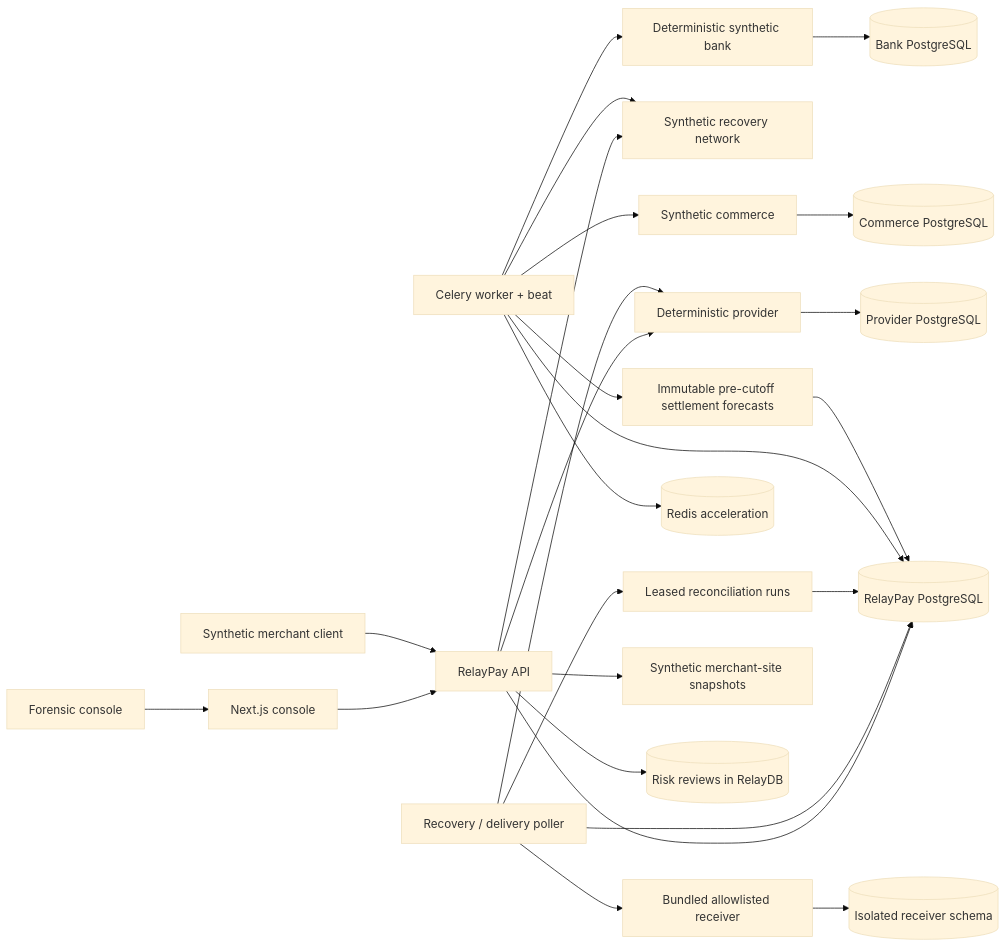
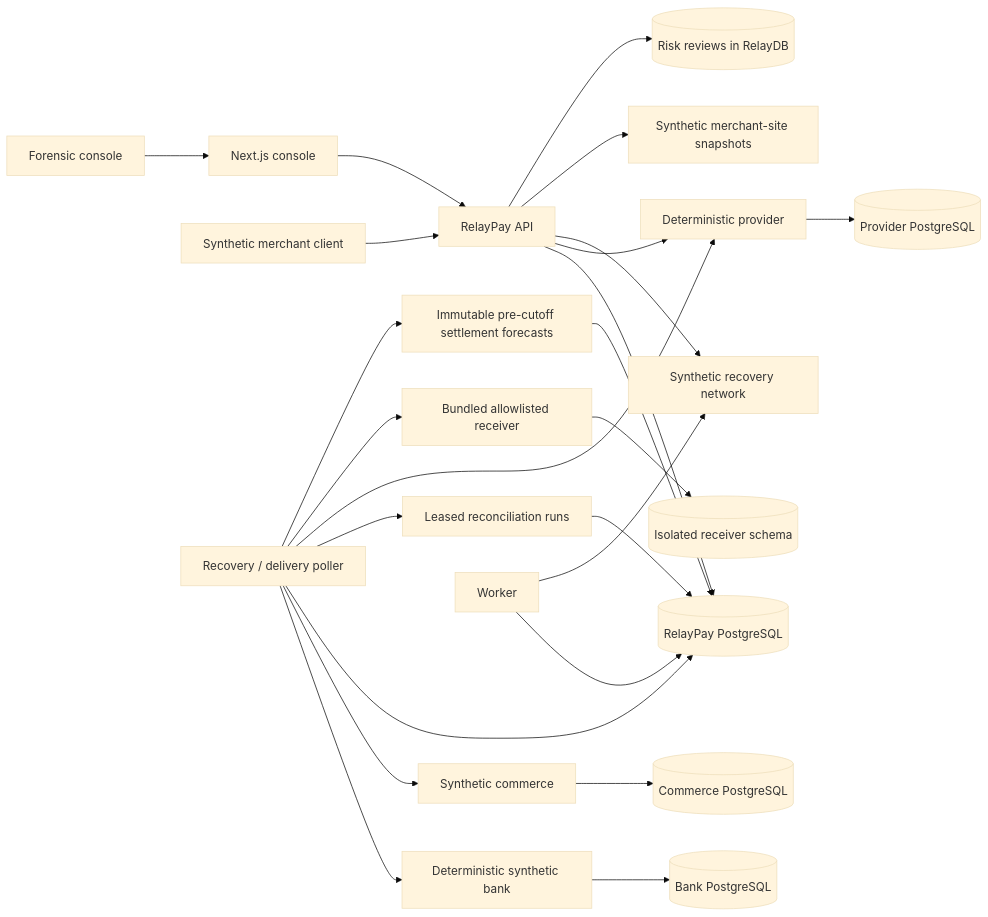
Before and after one commit to marsh15/relaypay: the diagram in README.md, drawn with Mermaid (base theme). The commit also changed other lines of this file and 19 other files, not shown here.

First line of the commit message:
Consolidate on one broker-less scheduler and drop Celery/Redis (#36)

````diff
--- a/README.md
+++ b/README.md
@@ -114,27 +114,26 @@
 ```mermaid
 flowchart LR
     Browser["Forensic console"] --> Console["Next.js console"]
     Console --> API["RelayPay API"]
     Merchant["Synthetic merchant client"] --> API
     API --> RelayDB[("RelayPay PostgreSQL")]
     API --> Provider["Deterministic provider"]
     API --> RecoveryNetwork["Synthetic recovery network"]
-    Worker --> Bank["Deterministic synthetic bank"]
+    Poller --> Bank["Deterministic synthetic bank"]
     Bank --> BankDB[("Bank PostgreSQL")]
-    Worker --> Commerce["Synthetic commerce"]
+    Poller --> Commerce["Synthetic commerce"]
     Commerce --> CommerceDB[("Commerce PostgreSQL")]
     Provider --> ProviderDB[("Provider PostgreSQL")]
     Poller["Recovery / delivery poller"] --> RelayDB
     Poller --> Reconcile["Leased reconciliation runs"]
     Reconcile --> RelayDB
     Poller --> Provider
     Poller --> Receiver["Bundled allowlisted receiver"]
-    Worker["Celery worker + beat"] --> Redis[("Redis acceleration")]
     Worker --> RelayDB
     Worker --> RecoveryNetwork
-    Worker --> Forecasts["Immutable pre-cutoff settlement forecasts"]
+    Poller --> Forecasts["Immutable pre-cutoff settlement forecasts"]
     Forecasts --> RelayDB
     API --> MerchantSite["Synthetic merchant-site snapshots"]
     API --> RiskDB[("Risk reviews in RelayDB")]
     Receiver --> ReceiverSchema[("Isolated receiver schema")]
 ```
````
